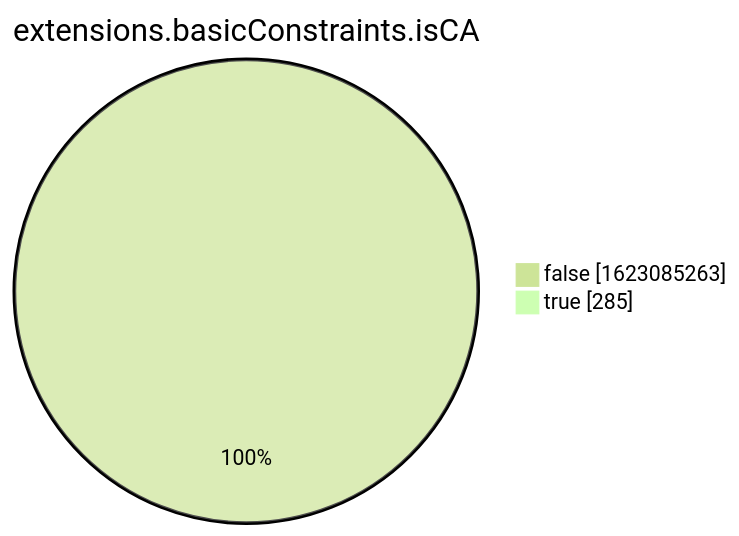
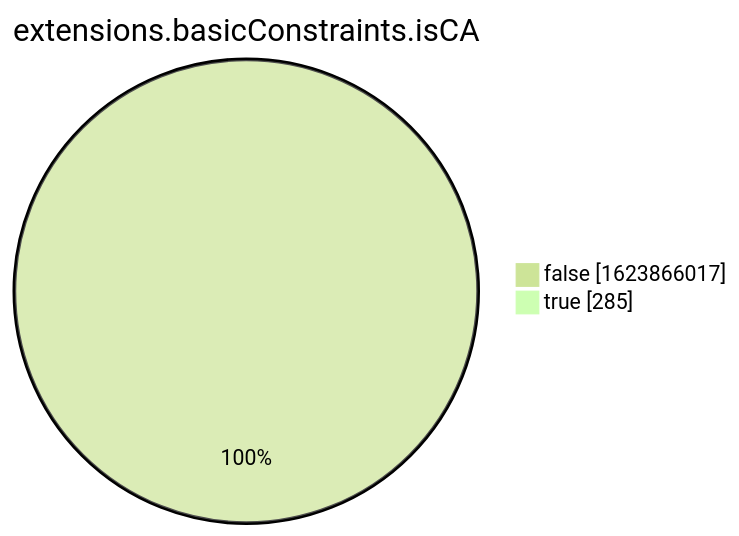
One commit to christiankrug/ctmonitor_visualization changed the eighth of 15 diagrams in xenon2022/README.md. Above: the diagram before and after it, drawn with Mermaid (forest theme). The commit also changed other lines of this file, not shown here.

````diff
--- a/xenon2022/README.md
+++ b/xenon2022/README.md
@@ -2863,6 +2863,6 @@
 ```mermaid
 pie showData
 title extensions.basicConstraints.isCA
-"false" :1623085263
+"false" :1623866017
 "true" :285
 ```
````
